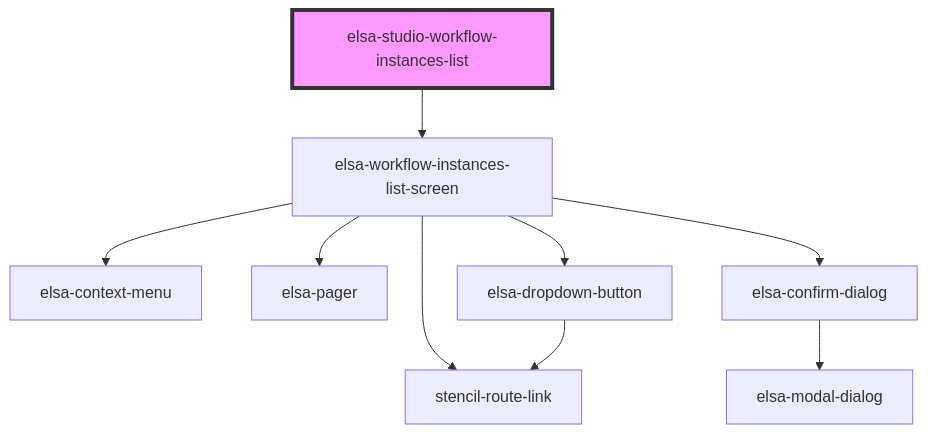
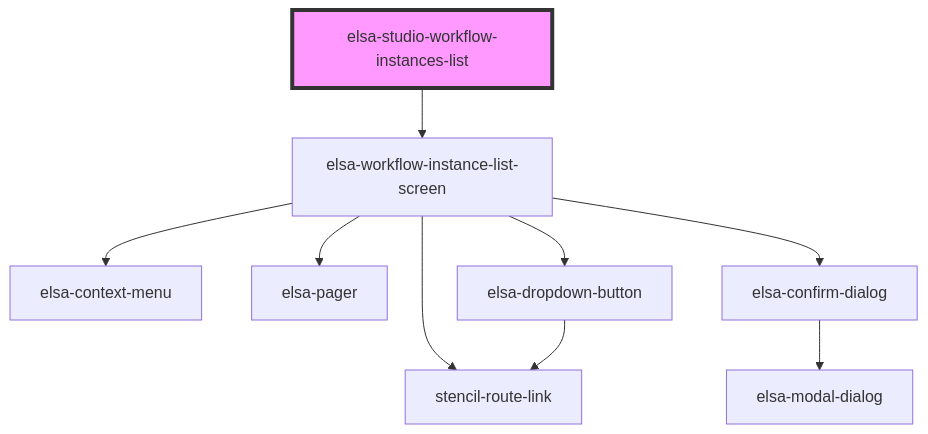
Before and after one commit to elsa-workflows/elsa-core: the diagram in src/designer/elsa-workflows-studio/src/components/dashboard/pages/elsa-studio-workflow-instances-list/readme.md, drawn with Mermaid. The commit also changed other lines of this file and 22 other files, not shown here.

````diff
--- a/src/designer/elsa-workflows-studio/src/components/dashboard/pages/elsa-studio-workflow-instances-list/readme.md
+++ b/src/designer/elsa-workflows-studio/src/components/dashboard/pages/elsa-studio-workflow-instances-list/readme.md
@@ -23,12 +23,12 @@
 ```mermaid
 graph TD;
-  elsa-studio-workflow-instances-list --> elsa-workflow-instances-list-screen
-  elsa-workflow-instances-list-screen --> stencil-route-link
-  elsa-workflow-instances-list-screen --> elsa-context-menu
-  elsa-workflow-instances-list-screen --> elsa-pager
-  elsa-workflow-instances-list-screen --> elsa-confirm-dialog
-  elsa-workflow-instances-list-screen --> elsa-dropdown-button
+  elsa-studio-workflow-instances-list --> elsa-workflow-instance-list-screen
+  elsa-workflow-instance-list-screen --> stencil-route-link
+  elsa-workflow-instance-list-screen --> elsa-context-menu
+  elsa-workflow-instance-list-screen --> elsa-pager
+  elsa-workflow-instance-list-screen --> elsa-confirm-dialog
+  elsa-workflow-instance-list-screen --> elsa-dropdown-button
   elsa-confirm-dialog --> elsa-modal-dialog
   elsa-dropdown-button --> stencil-route-link
   style elsa-studio-workflow-instances-list fill:#f9f,stroke:#333,stroke-width:4px
 ```
````
